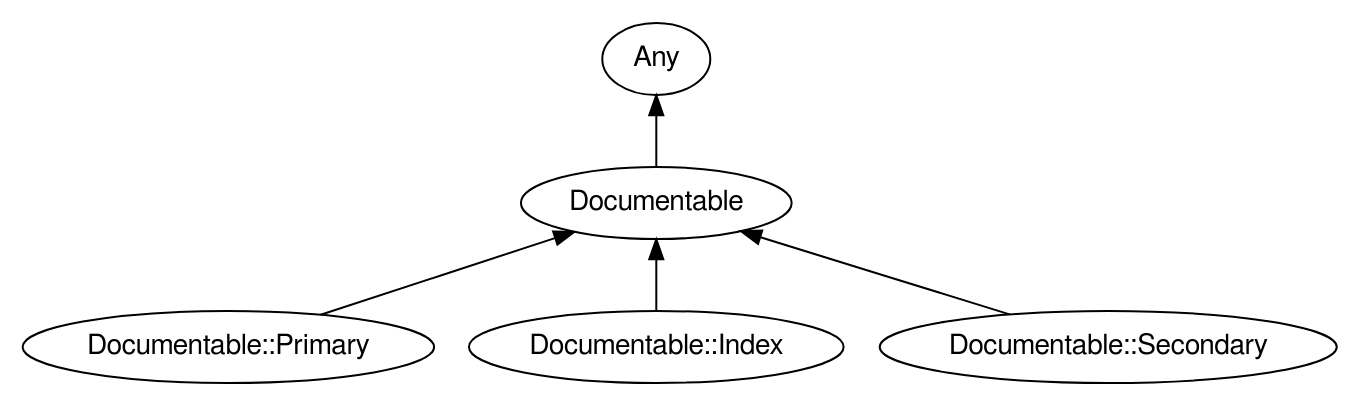
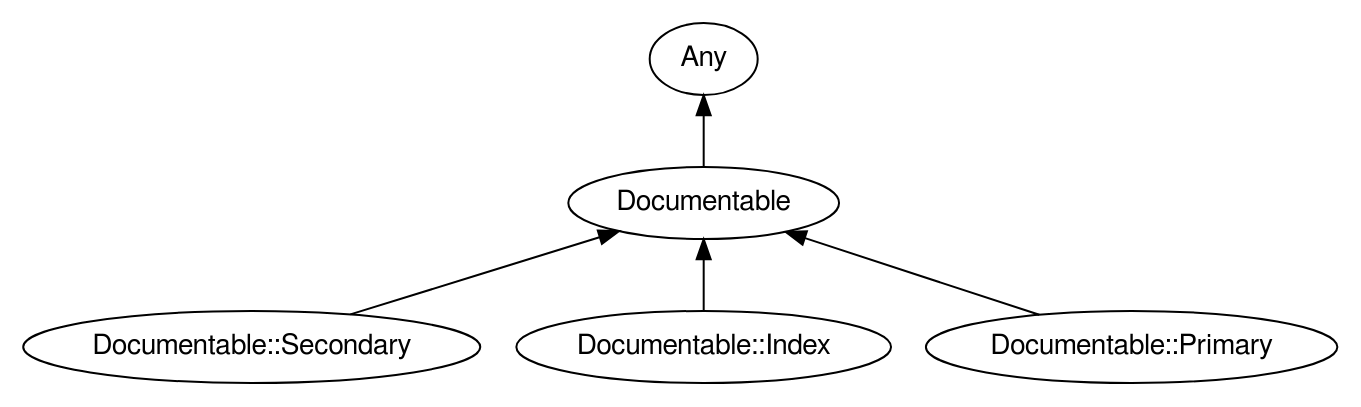
The diagram in images/type-graph-Documentable.svg.dot (softmoth/Documentable), drawn with Graphviz before and after one commit. The commit also changed other lines of this file and 11 other files, not shown here.

```diff
--- a/images/type-graph-Documentable.svg.dot
+++ b/images/type-graph-Documentable.svg.dot
@@ -1,19 +1,19 @@
 digraph "perl6-type-graph" {
     rankdir=BT;
     splines=polyline;
     overlap=false; 
     // Types
     "Documentable" [color="#000000", fontcolor="#000000", href="/type/Documentable", fontname="FreeSans"];
     "Any" [color="#000000", fontcolor="#000000", href="/type/Any", fontname="FreeSans"];
+    "Documentable::Secondary" [color="#000000", fontcolor="#000000", href="/type/Documentable::Secondary", fontname="FreeSans"];
+    "Documentable::Index" [color="#000000", fontcolor="#000000", href="/type/Documentable::Index", fontname="FreeSans"];
     "Documentable::Primary" [color="#000000", fontcolor="#000000", href="/type/Documentable::Primary", fontname="FreeSans"];
-    "Documentable::Index" [color="#000000", fontcolor="#000000", href="/type/Documentable::Index", fontname="FreeSans"];
-    "Documentable::Secondary" [color="#000000", fontcolor="#000000", href="/type/Documentable::Secondary", fontname="FreeSans"];
 
     // Superclasses
     "Documentable" -> "Any" [color="#000000"];
+    "Documentable::Secondary" -> "Documentable" [color="#000000"];
+    "Documentable::Index" -> "Documentable" [color="#000000"];
     "Documentable::Primary" -> "Documentable" [color="#000000"];
-    "Documentable::Index" -> "Documentable" [color="#000000"];
-    "Documentable::Secondary" -> "Documentable" [color="#000000"];
 
     // Roles
 }
```
